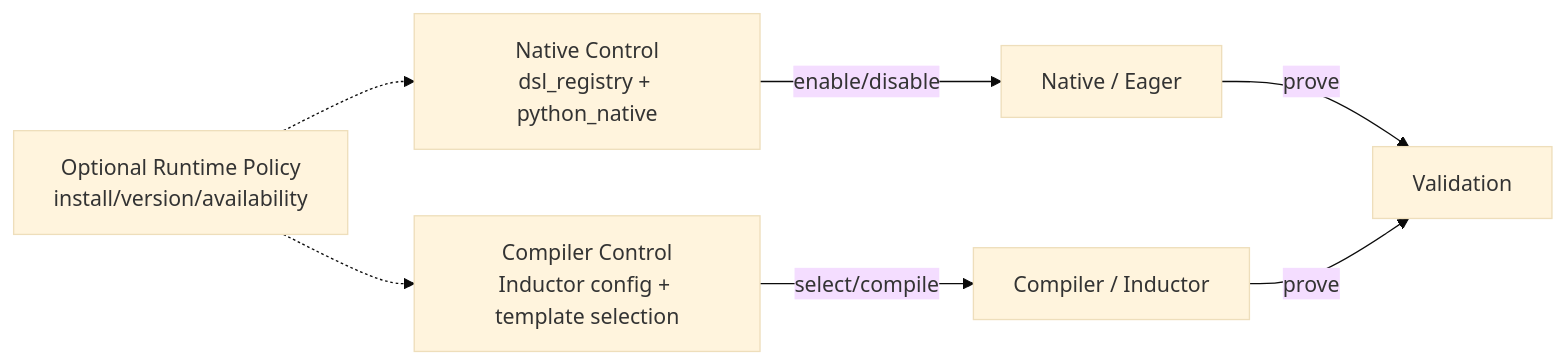
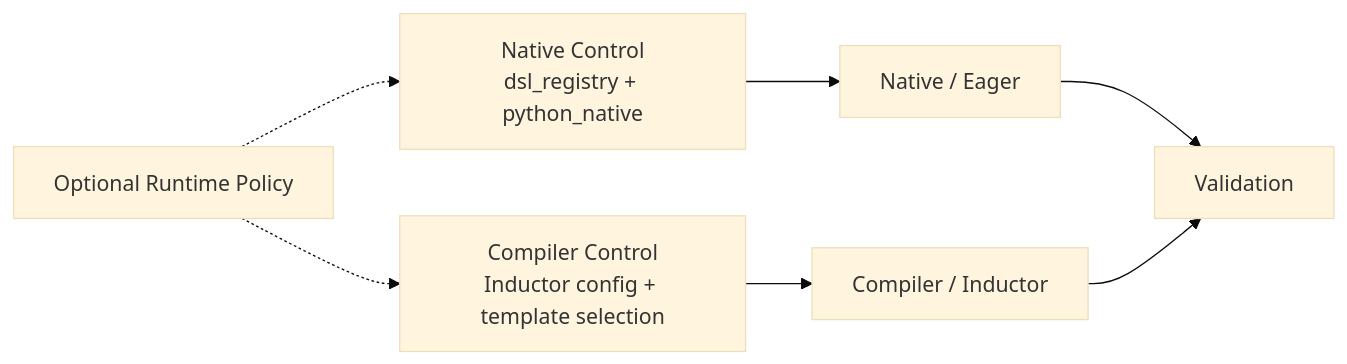
Before and after one commit to XiaobingSuper/FlyDSL: the first of 6 diagrams in docs/pytorch_integration_rfc.md, drawn with Mermaid (base theme). The commit also changed other lines of this file, not shown here.

````diff
--- a/docs/pytorch_integration_rfc.md
+++ b/docs/pytorch_integration_rfc.md
@@ -62,9 +83,9 @@
 ```mermaid
 flowchart LR
-    A["Native Control<br/>dsl_registry + python_native"] -->|enable/disable| B["Native / Eager"]
-    C["Compiler Control<br/>Inductor config + template selection"] -->|select/compile| D["Compiler / Inductor"]
-    E["Optional Runtime Policy<br/>install/version/availability"] -.-> A
+    A["Native Control<br/>dsl_registry + python_native"] --> B["Native / Eager"]
+    C["Compiler Control<br/>Inductor config + template selection"] --> D["Compiler / Inductor"]
+    E["Optional Runtime Policy"] -.-> A
     E -.-> C
-    B -->|prove| F["Validation"]
-    D -->|prove| F
+    B --> F["Validation"]
+    D --> F
 ```
````
